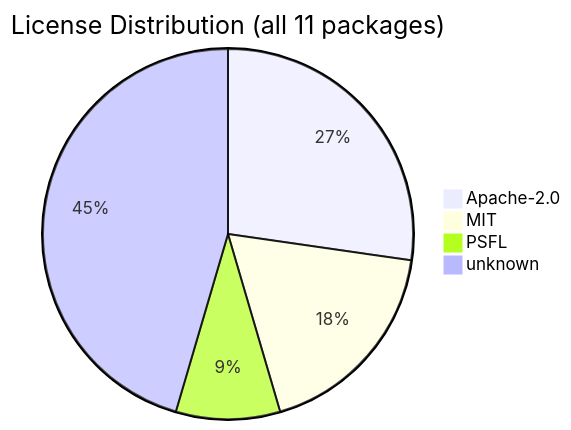
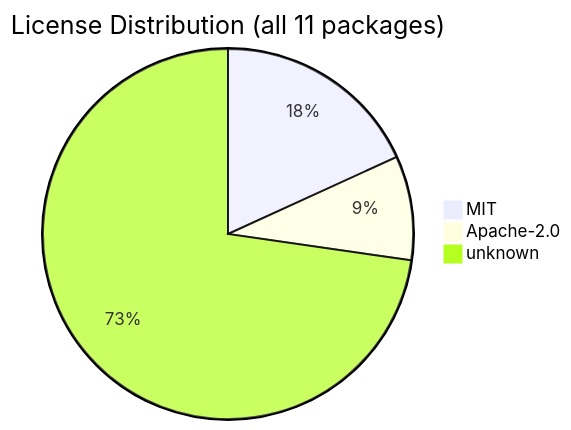
Before and after one commit to svenroth-ai/shipwright: the diagram in .shipwright/compliance/sbom.md, drawn with Mermaid. The commit also changed other lines of this file and 34 other files, not shown here.

````diff
--- a/.shipwright/compliance/sbom.md
+++ b/.shipwright/compliance/sbom.md
@@ -18,7 +18,6 @@
 ```mermaid
 pie title License Distribution (all 11 packages)
-    "Apache-2.0" : 3
     "MIT" : 2
-    "PSFL" : 1
-    "unknown" : 5
+    "Apache-2.0" : 1
+    "unknown" : 8
 ```
````
